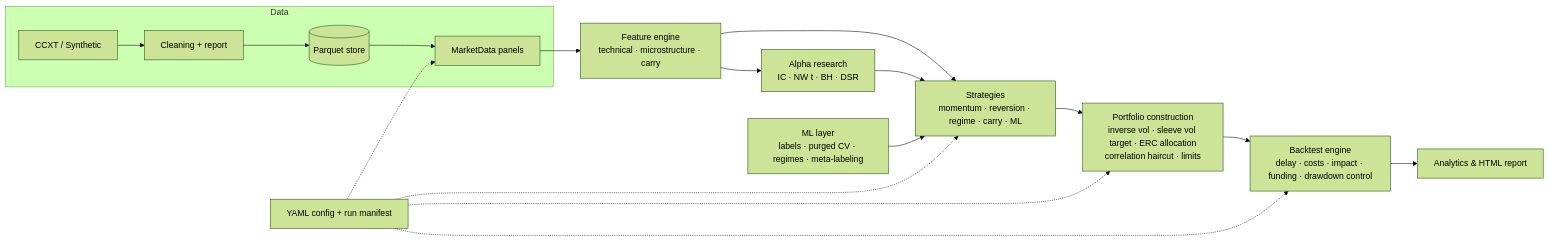
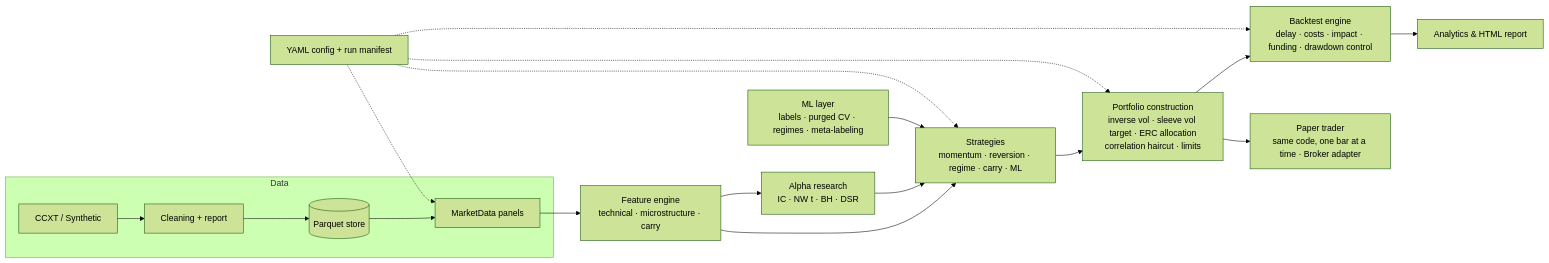
One commit to theojoyerclement-crypto/alphaforge changed the diagram in README.md. Above: the diagram before and after it, drawn with Mermaid (forest theme). The commit also changed other lines of this file and 29 other files, not shown here.

````diff
--- a/README.md
+++ b/README.md
@@ -87,15 +242,16 @@
 ```mermaid
 flowchart LR
     subgraph Data
         A[CCXT / Synthetic] --> B[Cleaning + report] --> C[(Parquet store)] --> D[MarketData panels]
     end
     D --> E[Feature engine<br/>technical · microstructure · carry]
     E --> F[Alpha research<br/>IC · NW t · BH · DSR]
     E --> G[Strategies<br/>momentum · reversion · regime · carry · ML]
     F --> G
     G --> H[Portfolio construction<br/>inverse vol · sleeve vol target · ERC allocation<br/>correlation haircut · limits]
     H --> I[Backtest engine<br/>delay · costs · impact · funding · drawdown control]
+    H --> P[Paper trader<br/>same code, one bar at a time · Broker adapter]
     I --> J[Analytics & HTML report]
     K[ML layer<br/>labels · purged CV · regimes · meta-labeling] --> G
     L[YAML config + run manifest] -.-> D & G & H & I
 ```
````
